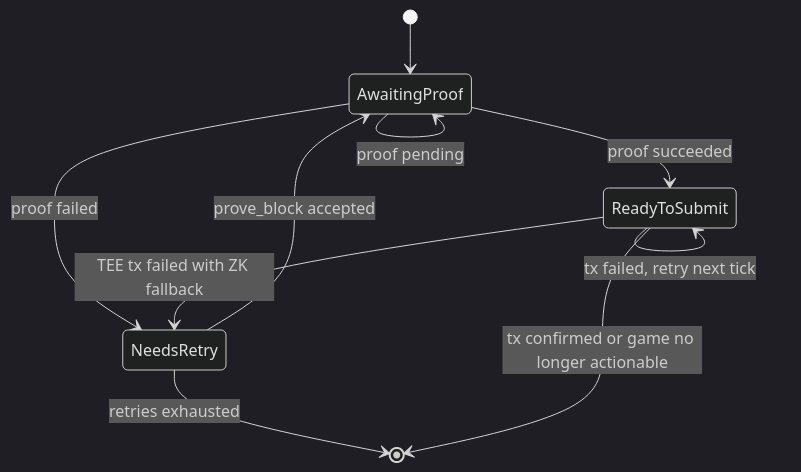
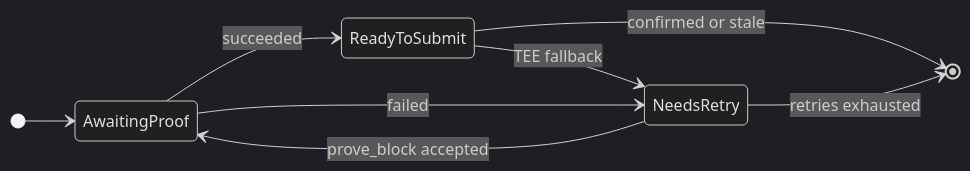
One commit to base/base changed the diagram in docs/specs/pages/protocol/proofs/challenger.md. Above: the diagram before and after it, drawn with Mermaid (dark theme). The commit also changed other lines of this file, not shown here.

Commit message:
clean up diagram

````diff
--- a/docs/specs/pages/protocol/proofs/challenger.md
+++ b/docs/specs/pages/protocol/proofs/challenger.md
@@ -166,12 +166,11 @@
 ```mermaid
 stateDiagram-v2
+    direction LR
     [*] --> AwaitingProof
-    AwaitingProof --> ReadyToSubmit: proof succeeded
-    AwaitingProof --> NeedsRetry: proof failed
-    AwaitingProof --> AwaitingProof: proof pending
+    AwaitingProof --> ReadyToSubmit: succeeded
+    AwaitingProof --> NeedsRetry: failed
     NeedsRetry --> AwaitingProof: prove_block accepted
     NeedsRetry --> [*]: retries exhausted
-    ReadyToSubmit --> [*]: tx confirmed or game no longer actionable
-    ReadyToSubmit --> ReadyToSubmit: tx failed, retry next tick
-    ReadyToSubmit --> NeedsRetry: TEE tx failed with ZK fallback
+    ReadyToSubmit --> [*]: confirmed or stale
+    ReadyToSubmit --> NeedsRetry: TEE fallback
 ```
````
